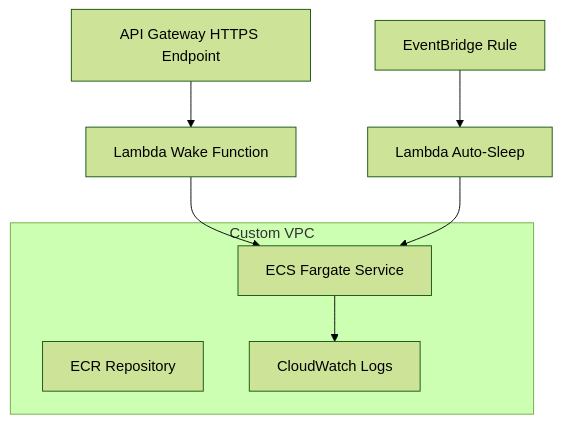
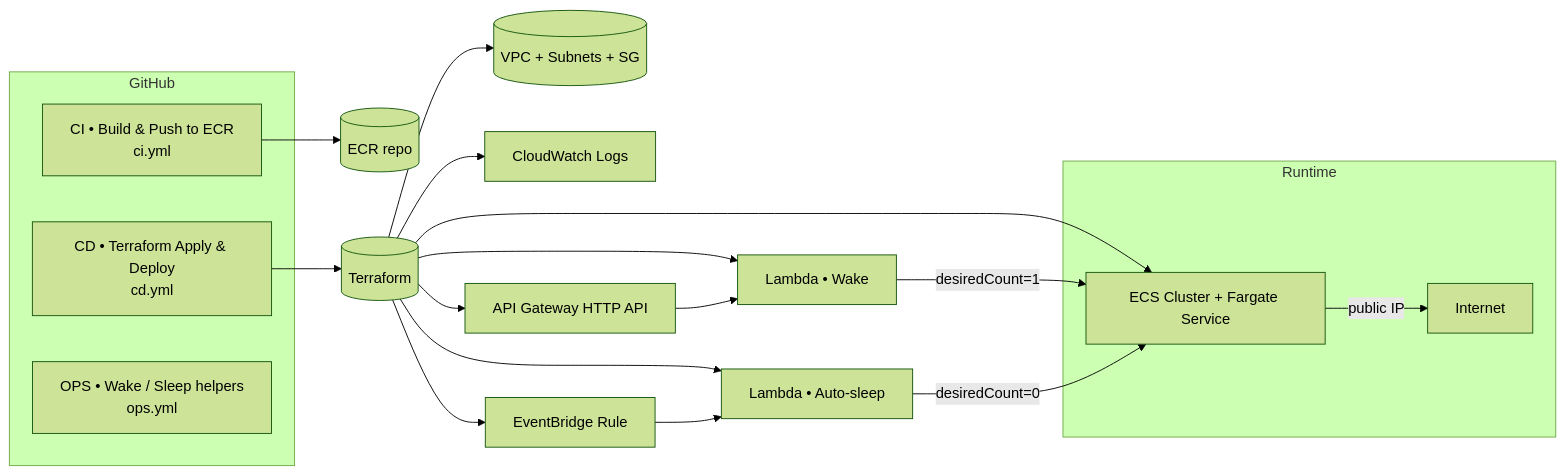
One commit to rusets/docker-ecs-deployment changed the diagram in README.md. Above: the diagram before and after it, drawn with Mermaid (forest theme). The commit also changed other lines of this file, not shown here.

Commit message:
docs: add detailed README with architecture diagram and workflows

````diff
--- a/README.md
+++ b/README.md
@@ -67,15 +51,27 @@
 ```mermaid
-graph TD
-  subgraph VPC[Custom VPC]
-    ECS[ECS Fargate Service]
-    ECR[ECR Repository]
-    CW[CloudWatch Logs]
+flowchart LR
+  subgraph GH[GitHub]
+    CI[CI • Build & Push to ECR<br/>ci.yml]
+    CD[CD • Terraform Apply & Deploy<br/>cd.yml]
+    OPS[OPS • Wake / Sleep helpers<br/>ops.yml]
   end
 
-  API[API Gateway HTTPS Endpoint] --> L1[Lambda Wake Function]
-  L1 --> ECS
-  ECS --> CW
+  CI --> ECR[(ECR repo)]
+  CD --> TF[(Terraform)]
+  TF --> VPC[(VPC + Subnets + SG)]
+  TF --> ECS[ECS Cluster + Fargate Service]
+  TF --> CWL[CloudWatch Logs]
+  TF --> LWA[Lambda • Wake]
+  TF --> LAS[Lambda • Auto-sleep]
+  TF --> APIGW[API Gateway HTTP API]
+  TF --> EVB[EventBridge Rule]
 
-  EB[EventBridge Rule] --> L2[Lambda Auto-Sleep]
-  L2 --> ECS
+  APIGW --> LWA
+  EVB --> LAS
+  LWA -->|desiredCount=1| ECS
+  LAS -->|desiredCount=0| ECS
+
+  subgraph Runtime
+    ECS -->|public IP| Internet
+  end
 ```
````
